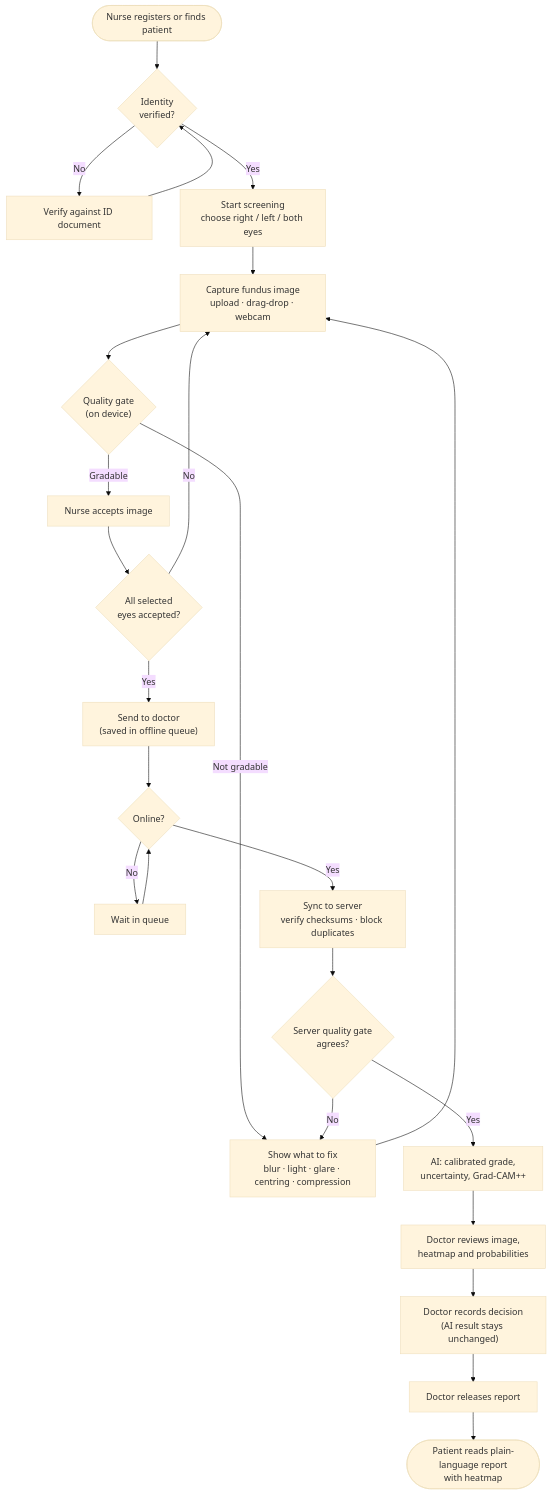
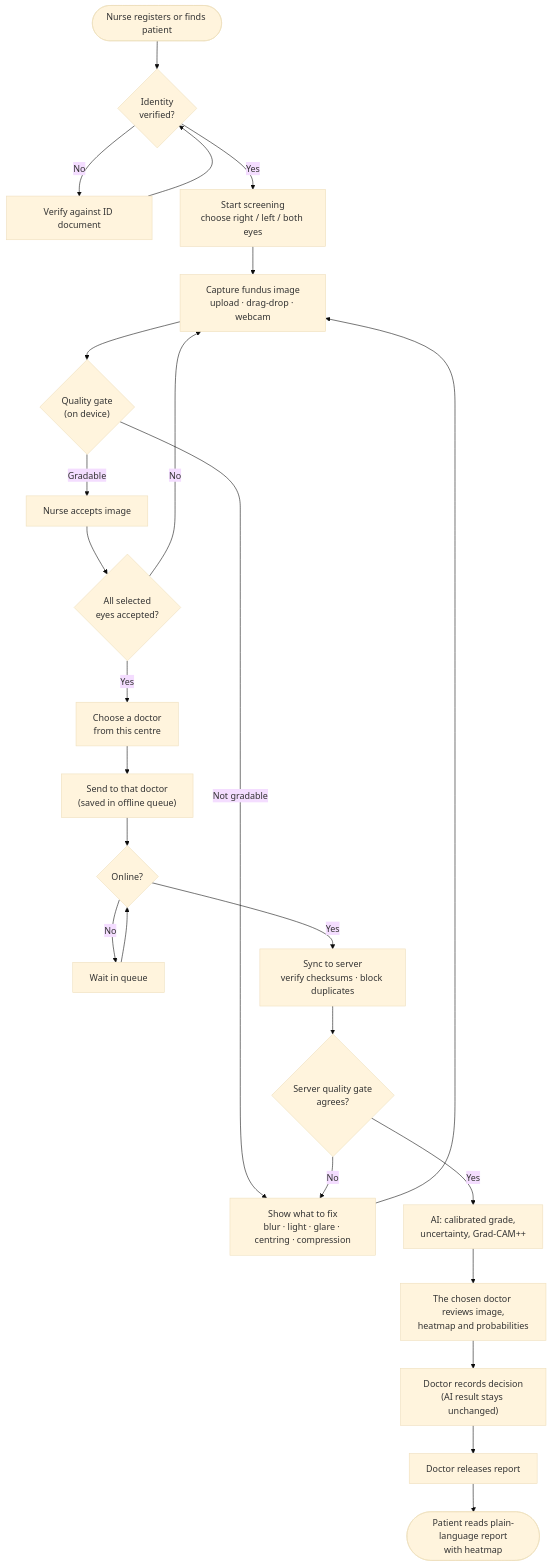
One commit to Adi20-06/Diabetic-retinopathy changed the second of 11 diagrams in README.md. Above: the diagram before and after it, drawn with Mermaid (base theme). The commit also changed other lines of this file and 25 other files, not shown here.

````diff
--- a/README.md
+++ b/README.md
@@ -105,24 +110,24 @@
 ```mermaid
 flowchart TD
     A(["Nurse registers or finds patient"]) --> B{"Identity<br/>verified?"}
     B -- No --> B1["Verify against ID document"] --> B
     B -- Yes --> C["Start screening<br/>choose right / left / both eyes"]
     C --> D["Capture fundus image<br/>upload · drag-drop · webcam"]
     D --> E{"Quality gate<br/>(on device)"}
     E -- "Not gradable" --> R["Show what to fix<br/>blur · light · glare · centring · compression"]
     R --> D
     E -- Gradable --> F["Nurse accepts image"]
     F --> G{"All selected<br/>eyes accepted?"}
     G -- No --> D
-    G -- Yes --> H["Send to doctor<br/>(saved in offline queue)"]
+    G -- Yes --> G2["Choose a doctor<br/>from this centre"] --> H["Send to that doctor<br/>(saved in offline queue)"]
     H --> I{"Online?"}
     I -- No --> I1["Wait in queue"] --> I
     I -- Yes --> J["Sync to server<br/>verify checksums · block duplicates"]
     J --> K{"Server quality gate<br/>agrees?"}
     K -- "No" --> R
     K -- Yes --> L["AI: calibrated grade,<br/>uncertainty, Grad-CAM++"]
-    L --> M["Doctor reviews image,<br/>heatmap and probabilities"]
+    L --> M["The chosen doctor reviews image,<br/>heatmap and probabilities"]
     M --> N["Doctor records decision<br/>(AI result stays unchanged)"]
     N --> O["Doctor releases report"]
     O --> P(["Patient reads plain-language report<br/>with heatmap"])
 ```
````
